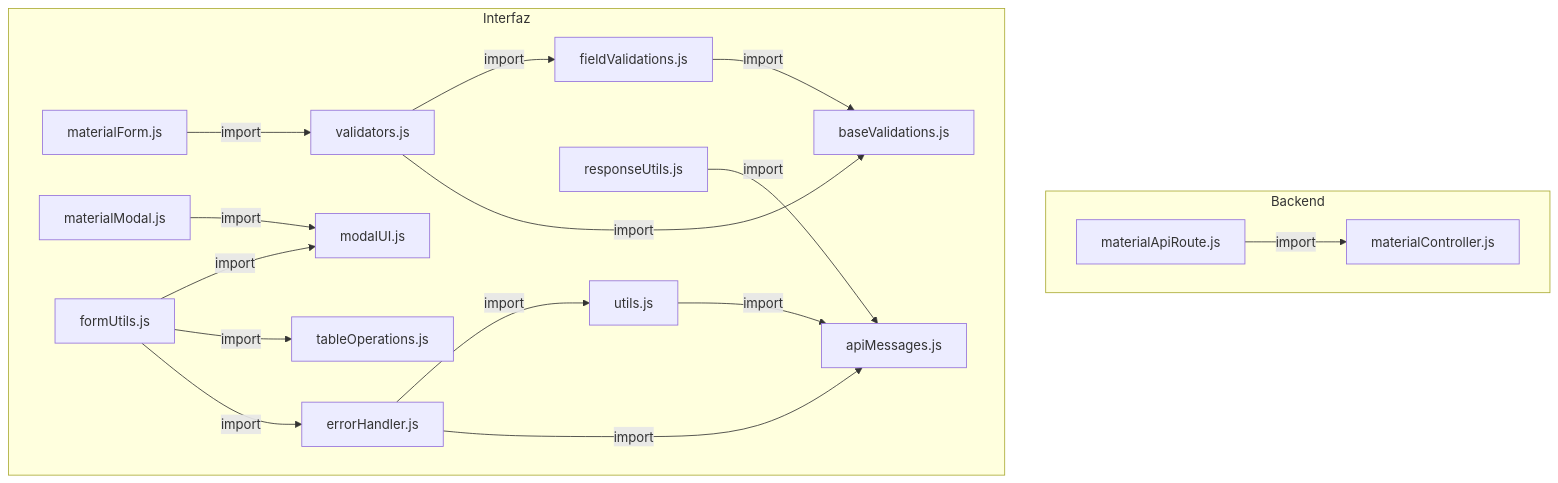
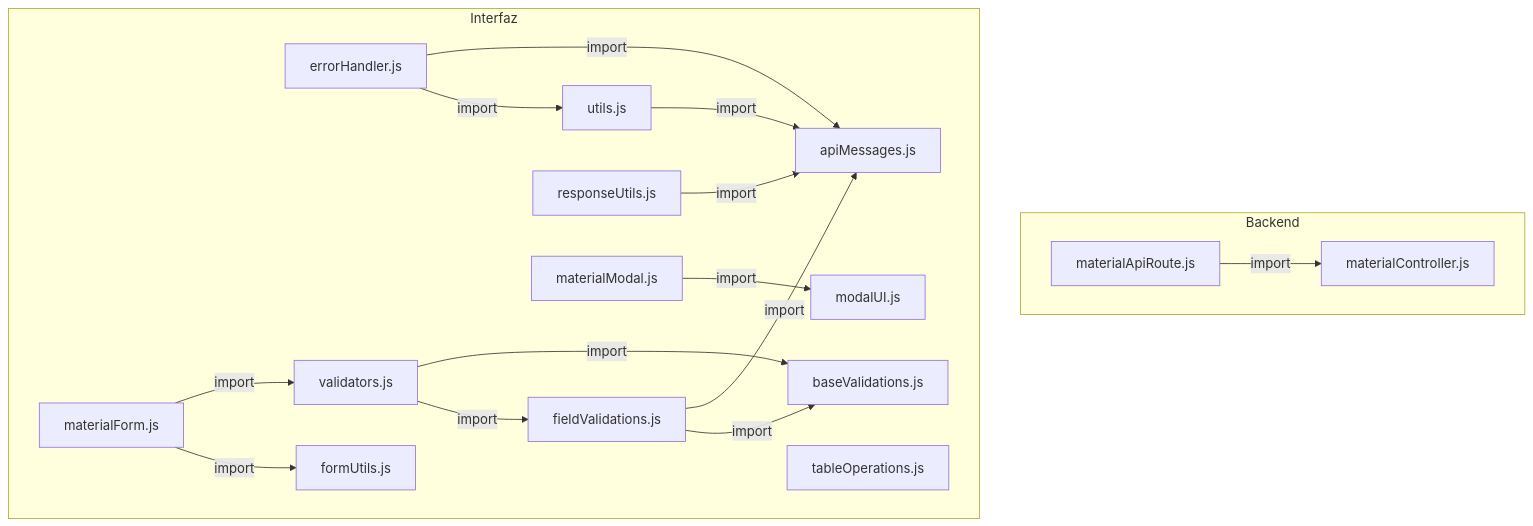
Before and after one commit to gpgsistemas01/nexus: the first of 4 diagrams in docs/architecture/views/processes/frontend-code-sequences/catalogs/cu-alm-02.md, drawn with Mermaid. The commit also changed other lines of this file and 200 other files, not shown here.

````diff
--- a/docs/architecture/views/processes/frontend-code-sequences/catalogs/cu-alm-02.md
+++ b/docs/architecture/views/processes/frontend-code-sequences/catalogs/cu-alm-02.md
@@ -57,34 +57,33 @@
 ```mermaid
 flowchart TB
     subgraph Component0["Backend"]
         FileMaterialController["materialController.js"]
         Transport["materialApiRoute.js"]
     end
     subgraph Component1["Interfaz"]
         FileErrorHandler["errorHandler.js"]
         FileUtils["utils.js"]
         FileApiMessages["apiMessages.js"]
         View["materialForm.js"]
         Modal["materialModal.js"]
         FileTableOperations["tableOperations.js"]
         FileModalUI["modalUI.js"]
         FormUtils["formUtils.js"]
         FileResponseUtils["responseUtils.js"]
         FileBaseValidations["baseValidations.js"]
         FileFieldValidations["fieldValidations.js"]
         FileValidators["validators.js"]
     end
     FileErrorHandler -->|import| FileApiMessages
     FileErrorHandler -->|import| FileUtils
+    FileFieldValidations -->|import| FileApiMessages
+    FileFieldValidations -->|import| FileBaseValidations
+    FileResponseUtils -->|import| FileApiMessages
     FileUtils -->|import| FileApiMessages
-    View -->|import| FileValidators
-    Modal -->|import| FileModalUI
-    FormUtils -->|import| FileErrorHandler
-    FormUtils -->|import| FileTableOperations
-    FormUtils -->|import| FileModalUI
-    FileResponseUtils -->|import| FileApiMessages
-    FileFieldValidations -->|import| FileBaseValidations
     FileValidators -->|import| FileBaseValidations
     FileValidators -->|import| FileFieldValidations
+    Modal -->|import| FileModalUI
     Transport -->|import| FileMaterialController
+    View -->|import| FileValidators
+    View -->|import| FormUtils
 ```
````
